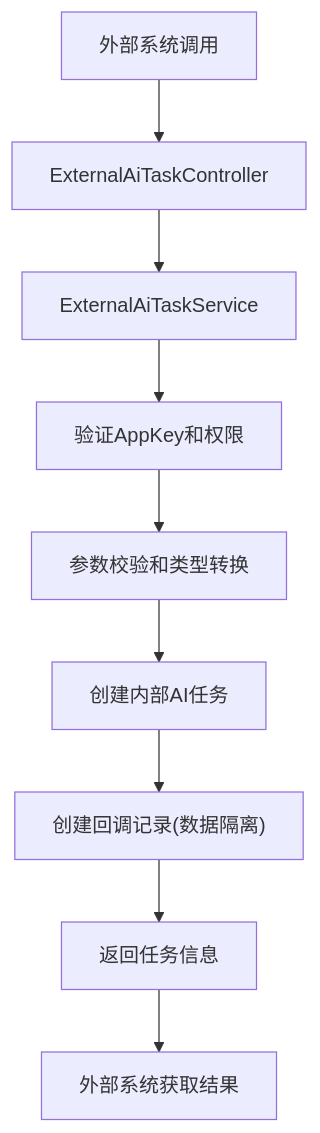
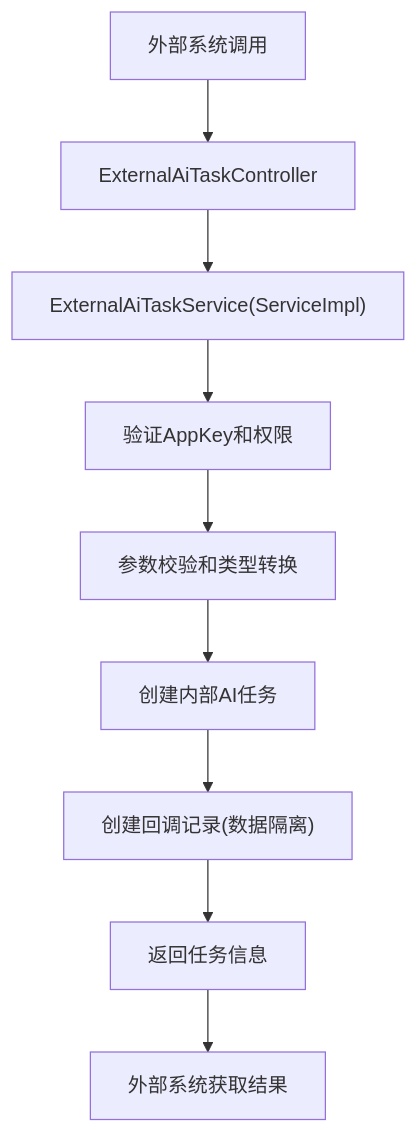
Before and after one commit to DrunkFood/First: the fifth of 10 diagrams in .qoder/repowiki/zh/content/后端服务/核心业务服务 (ele-ai-tender-core)/核心业务服务 (ele-ai-tender-core).md, drawn with Mermaid. The commit also changed other lines of this file and 103 other files, not shown here.

````diff
--- a/.qoder/repowiki/zh/content/后端服务/核心业务服务 (ele-ai-tender-core)/核心业务服务 (ele-ai-tender-core).md
+++ b/.qoder/repowiki/zh/content/后端服务/核心业务服务 (ele-ai-tender-core)/核心业务服务 (ele-ai-tender-core).md
@@ -220,11 +289,11 @@
 ```mermaid
 flowchart TD
 A["外部系统调用"] --> B["ExternalAiTaskController"]
-B --> C["ExternalAiTaskService"]
+B --> C["ExternalAiTaskService(ServiceImpl)"]
 C --> D["验证AppKey和权限"]
 D --> E["参数校验和类型转换"]
 E --> F["创建内部AI任务"]
 F --> G["创建回调记录(数据隔离)"]
 G --> H["返回任务信息"]
 H --> I["外部系统获取结果"]
 ```
````
